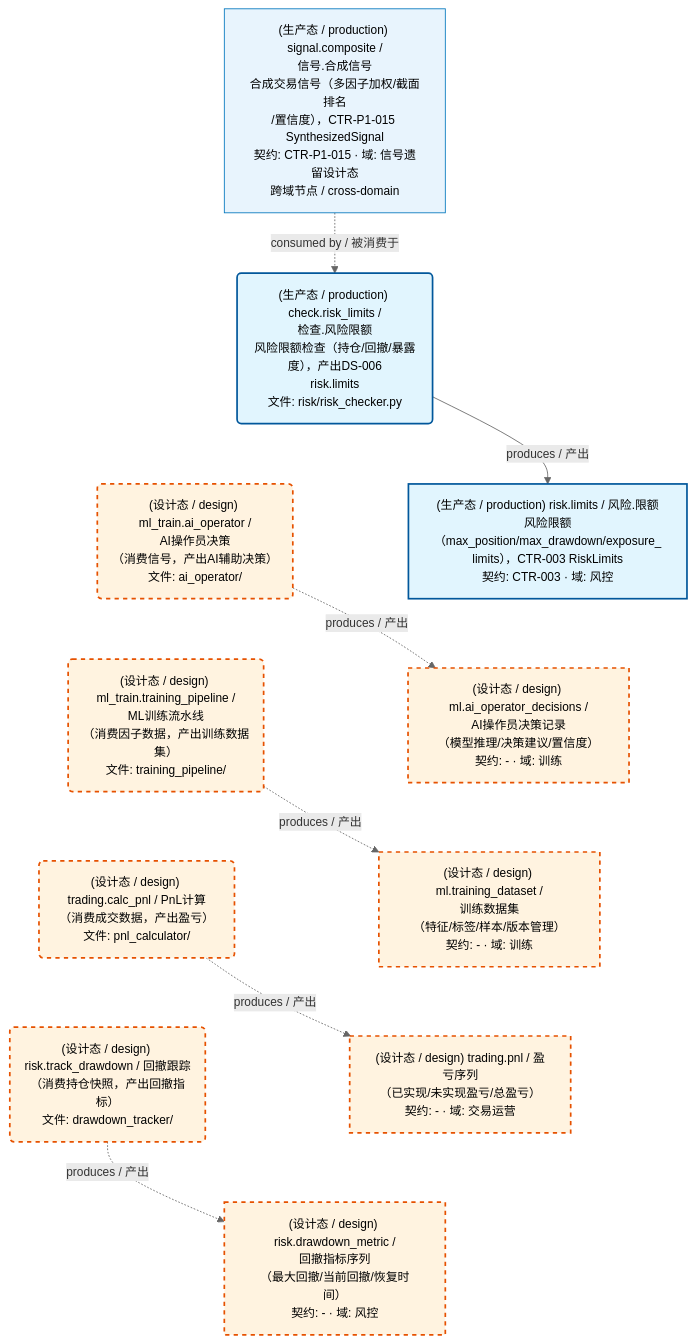
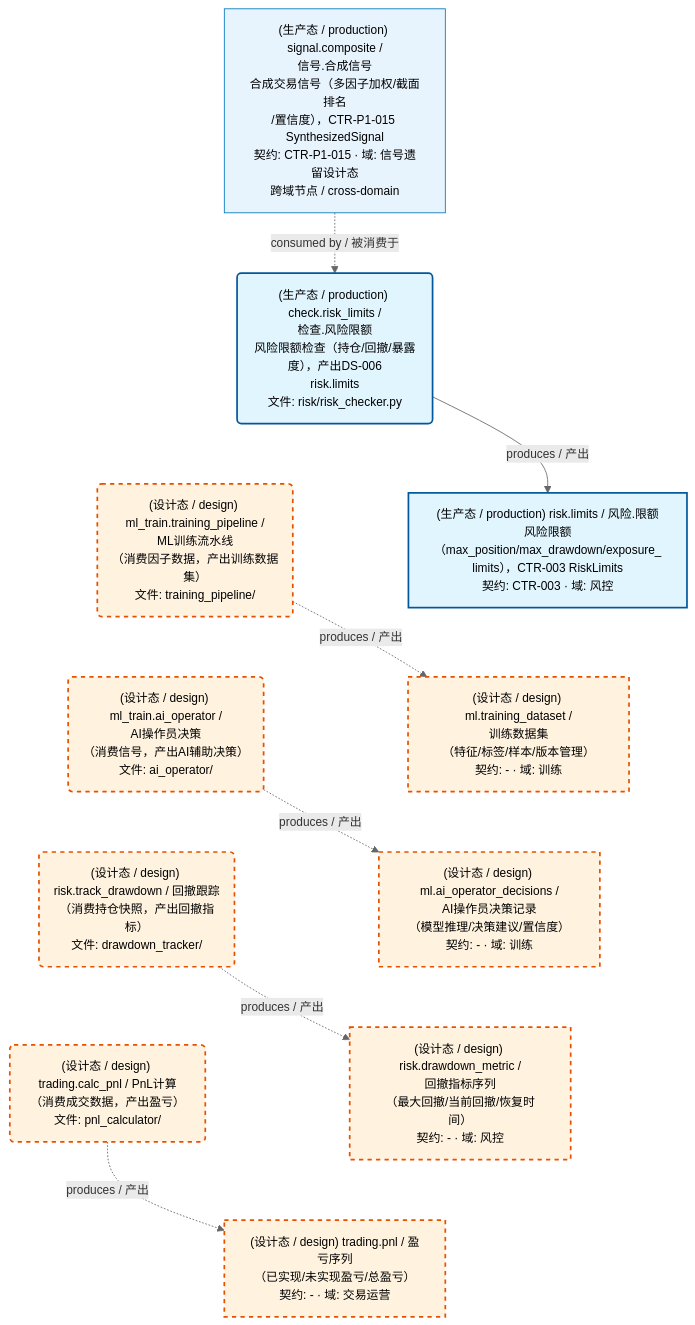
Before and after one commit to xuanFelixVan/ZephyrAlpha: the first of 3 diagrams in docs/02_enterprise_architecture/05_dataflow_architecture/d_others.md, drawn with Mermaid. The commit also changed other lines of this file and 12 other files, not shown here.

````diff
--- a/docs/02_enterprise_architecture/05_dataflow_architecture/d_others.md
+++ b/docs/02_enterprise_architecture/05_dataflow_architecture/d_others.md
@@ -50,36 +50,36 @@
 ```mermaid
 %%{init: {'theme': 'base', 'themeVariables': {'primaryColor': '#eaeaea', 'primaryTextColor': '#333333', 'primaryBorderColor': '#666666', 'lineColor': '#666666', 'secondaryColor': '#eaeaea', 'tertiaryColor': '#eaeaea', 'clusterBkg': 'transparent', 'clusterBorder': 'transparent', 'fontSize': '14px'}}}%%
 flowchart TD
     DS11271["(设计态 / design) ml.ai_operator_decisions /<br/>AI操作员决策记录<br/>（模型推理/决策建议/置信度）<br/>契约: - · 域: 训练"]
     DS11272["(设计态 / design) ml.training_dataset /<br/>训练数据集<br/>（特征/标签/样本/版本管理）<br/>契约: - · 域: 训练"]
     DS11273["(设计态 / design) risk.drawdown_metric /<br/>回撤指标序列<br/>（最大回撤/当前回撤/恢复时间）<br/>契约: - · 域: 风控"]
-    DS16904["(生产态 / production) risk.limits / 风险.限额<br/>风险限额（max_position/max_drawdown/exposure_<br/>limits），CTR-003 RiskLimits<br/>契约: CTR-003 · 域: 风控"]
+    DS20856["(生产态 / production) risk.limits / 风险.限额<br/>风险限额（max_position/max_drawdown/exposure_<br/>limits），CTR-003 RiskLimits<br/>契约: CTR-003 · 域: 风控"]
     DS11274["(设计态 / design) trading.pnl / 盈亏序列<br/>（已实现/未实现盈亏/总盈亏）<br/>契约: - · 域: 交易运营"]
-    JOB866027("(生产态 / production) check.risk_limits /<br/>检查.风险限额<br/>风险限额检查（持仓/回撤/暴露度），产出DS-006<br/>risk.limits<br/>文件: risk/risk_checker.py")
+    JOB969545("(生产态 / production) check.risk_limits /<br/>检查.风险限额<br/>风险限额检查（持仓/回撤/暴露度），产出DS-006<br/>risk.limits<br/>文件: risk/risk_checker.py")
     JOB757635("(设计态 / design) ml_train.ai_operator /<br/>AI操作员决策<br/>（消费信号，产出AI辅助决策）<br/>文件: ai_operator/")
     JOB757636("(设计态 / design) ml_train.training_pipeline /<br/>ML训练流水线<br/>（消费因子数据，产出训练数据集）<br/>文件: training_pipeline/")
     JOB757637("(设计态 / design) risk.track_drawdown / 回撤跟踪<br/>（消费持仓快照，产出回撤指标）<br/>文件: drawdown_tracker/")
     JOB757638("(设计态 / design) trading.calc_pnl / PnL计算<br/>（消费成交数据，产出盈亏）<br/>文件: pnl_calculator/")
-    DS16903["(生产态 / production) signal.composite /<br/>信号.合成信号<br/>合成交易信号（多因子加权/截面排名<br/>/置信度），CTR-P1-015 SynthesizedSignal<br/>契约: CTR-P1-015 · 域: 信号遗留设计态<br/>跨域节点 / cross-domain"]
+    DS20855["(生产态 / production) signal.composite /<br/>信号.合成信号<br/>合成交易信号（多因子加权/截面排名<br/>/置信度），CTR-P1-015 SynthesizedSignal<br/>契约: CTR-P1-015 · 域: 信号遗留设计态<br/>跨域节点 / cross-domain"]
+    JOB969545 -->|produces / 产出| DS20856
     JOB757635 -.->|produces / 产出| DS11271
     JOB757636 -.->|produces / 产出| DS11272
     JOB757637 -.->|produces / 产出| DS11273
+    DS20855 -.->|consumed by / 被消费于| JOB969545
     JOB757638 -.->|produces / 产出| DS11274
-    JOB866027 -->|produces / 产出| DS16904
-    DS16903 -.->|consumed by / 被消费于| JOB866027
-    JOB866027 ~~~ JOB757635
-    JOB757635 ~~~ JOB757636
-    JOB757636 ~~~ JOB757638
-    JOB757638 ~~~ JOB757637
-    DS16904 ~~~ DS11271
-    DS11271 ~~~ DS11272
-    DS11272 ~~~ DS11274
-    DS11274 ~~~ DS11273
+    JOB969545 ~~~ JOB757636
+    JOB757636 ~~~ JOB757635
+    JOB757635 ~~~ JOB757637
+    JOB757637 ~~~ JOB757638
+    DS20856 ~~~ DS11272
+    DS11272 ~~~ DS11271
+    DS11271 ~~~ DS11273
+    DS11273 ~~~ DS11274
     classDef production fill:#e1f5fe,stroke:#01579b,stroke-width:2px,color:#000
     classDef design fill:#fff3e0,stroke:#e65100,stroke-width:2px,color:#000,stroke-dasharray: 5 5
     classDef external_prod fill:#e8f4fd,stroke:#0277bd,stroke-width:1px,color:#000
     classDef external_design fill:#fff8e7,stroke:#ef6c00,stroke-width:1px,color:#000,stroke-dasharray: 5 5
-    class DS16904,JOB866027 production
+    class DS20856,JOB969545 production
     class DS11271,DS11272,DS11273,DS11274,JOB757635,JOB757636,JOB757637,JOB757638 design
-    class DS16903 external_prod
+    class DS20855 external_prod
 ```
````
